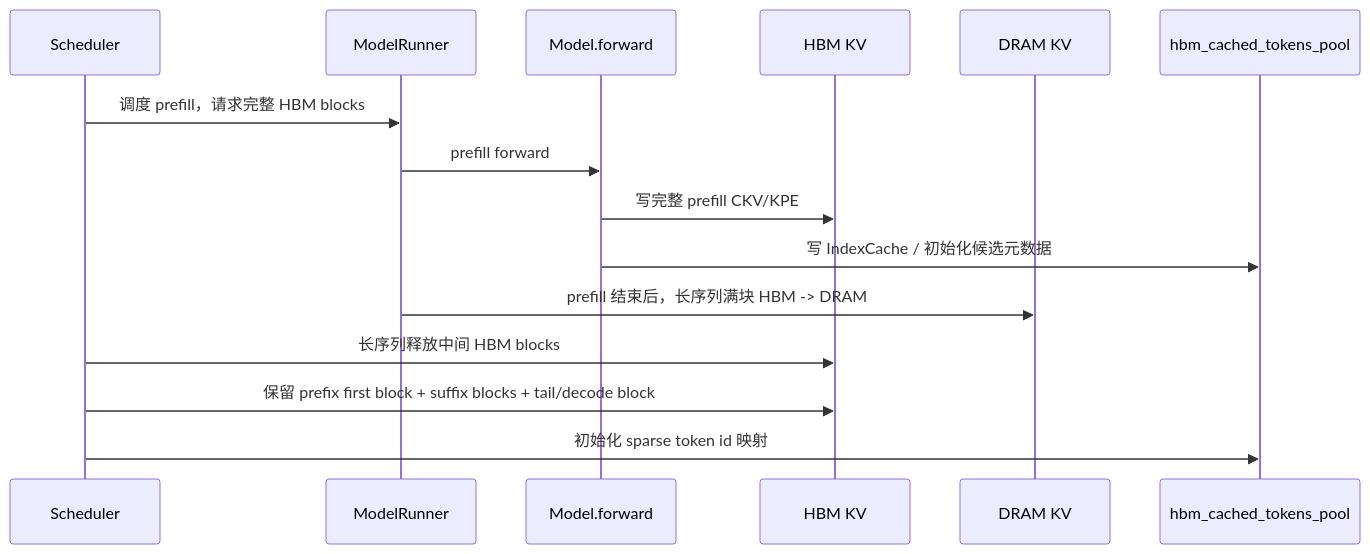
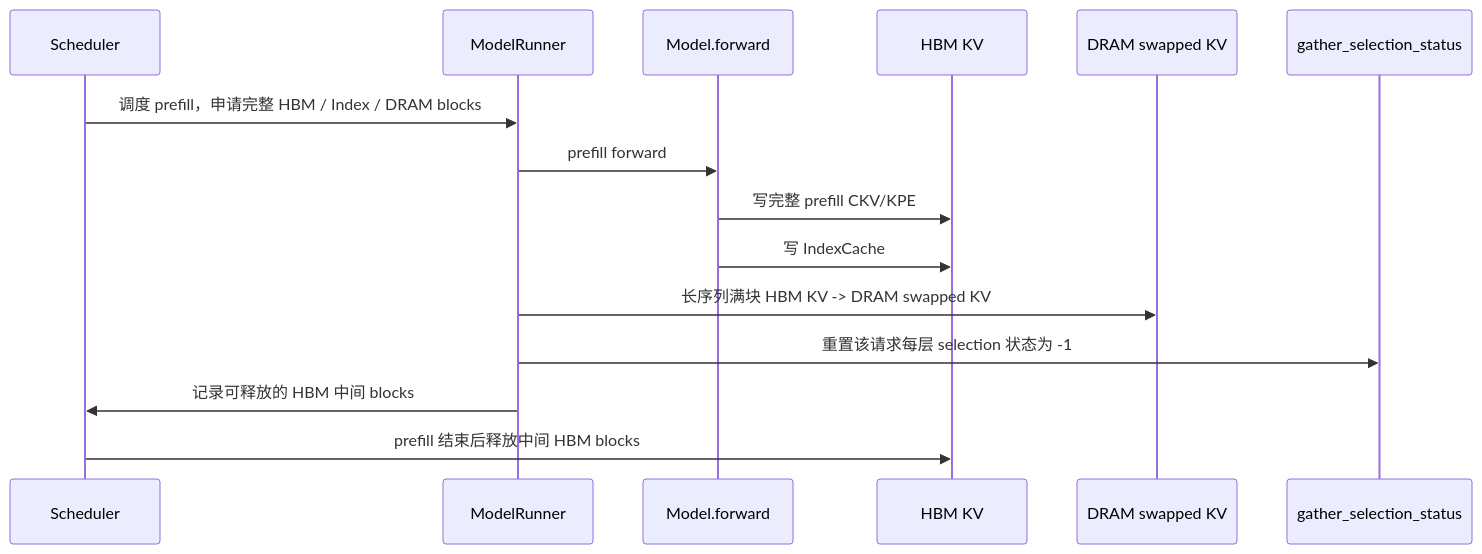
Before and after one commit to xwLearnsLLM/nanovllm-DSA-offload: the second of 3 diagrams in DSA-offload设计文档.md, drawn with Mermaid. The commit also changed other lines of this file, not shown here.

````diff
--- a/DSA-offload设计文档.md
+++ b/DSA-offload设计文档.md
@@ -139,18 +148,18 @@
 ```mermaid
 sequenceDiagram
     participant S as Scheduler
     participant R as ModelRunner
     participant M as Model.forward
     participant H as HBM KV
-    participant D as DRAM KV
-    participant P as hbm_cached_tokens_pool
+    participant D as DRAM swapped KV
+    participant G as gather_selection_status
 
-    S->>R: 调度 prefill，请求完整 HBM blocks
+    S->>R: 调度 prefill，申请完整 HBM / Index / DRAM blocks
     R->>M: prefill forward
     M->>H: 写完整 prefill CKV/KPE
-    M->>P: 写 IndexCache / 初始化候选元数据
-    R->>D: prefill 结束后，长序列满块 HBM -> DRAM
-    S->>H: 长序列释放中间 HBM blocks
-    S->>H: 保留 prefix first block + suffix blocks + tail/decode block
-    S->>P: 初始化 sparse token id 映射
+    M->>H: 写 IndexCache
+    R->>D: 长序列满块 HBM KV -> DRAM swapped KV
+    R->>G: 重置该请求每层 selection 状态为 -1
+    R->>S: 记录可释放的 HBM 中间 blocks
+    S->>H: prefill 结束后释放中间 HBM blocks
 ```
````
